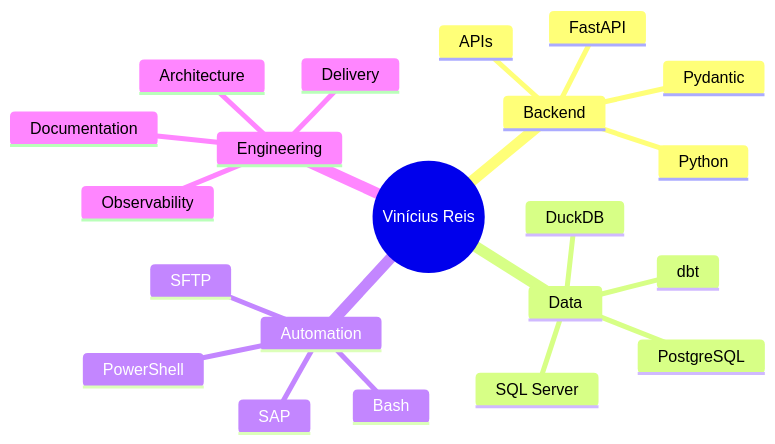
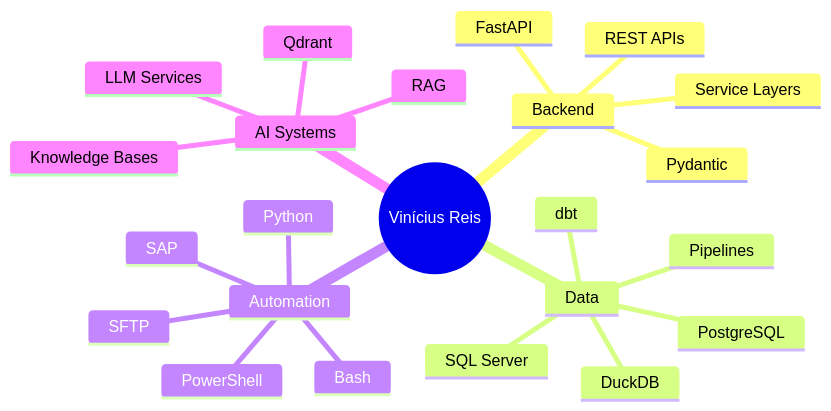
Before and after one commit to venysssssssssss/venysssssssssss: the diagram in README.md, drawn with Mermaid. The commit also changed other lines of this file, not shown here.

````diff
--- a/README.md
+++ b/README.md
@@ -194,24 +47,26 @@
 ```mermaid
 mindmap
   root((Vinícius Reis))
     Backend
-      Python
       FastAPI
-      APIs
+      REST APIs
       Pydantic
+      Service Layers
     Data
       DuckDB
       dbt
       PostgreSQL
       SQL Server
+      Pipelines
     Automation
+      Python
       SFTP
       SAP
       PowerShell
       Bash
-    Engineering
-      Architecture
-      Observability
-      Documentation
-      Delivery
+    AI Systems
+      RAG
+      Qdrant
+      LLM Services
+      Knowledge Bases
 ```
````
